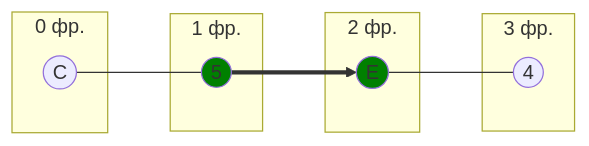
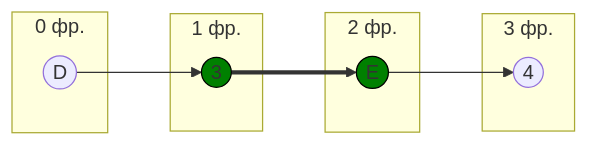
The tenth of 12 diagrams in Задание 8/task8.md (algos-ris-24-3/manual-tasks), drawn with Mermaid before and after one commit. The commit also changed other lines of this file, not shown here.

````diff
--- a/Задание 8/task8.md
+++ b/Задание 8/task8.md
@@ -486,19 +443,22 @@
 ```mermaid
 graph LR
-    subgraph " 0 фр."
-        C((C))
+    subgraph "0 фр."
+        D((D))
     end
-    subgraph " 1 фр."
-        5((5))
+    subgraph "1 фр."
+        3((3))
     end
-    subgraph " 2 фр."
+    subgraph "2 фр."
         E((E))
     end
-    subgraph " 3 фр."
+    subgraph "3 фр."
         4((4))
     end
-    C --- 5 ==> E --- 4
 
-    style E fill:#008000
-    style 5 fill:#008000
+    D --> 3
+    3 ==> E
+    E --> 4
+
+    style 3 fill:#008000,stroke:#000
+    style E fill:#008000,stroke:#000
 ```
````
